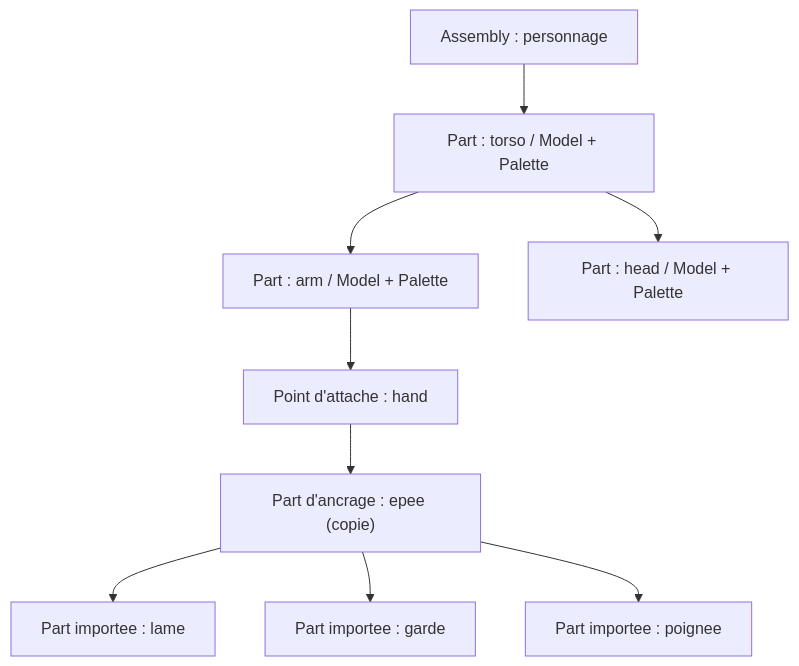
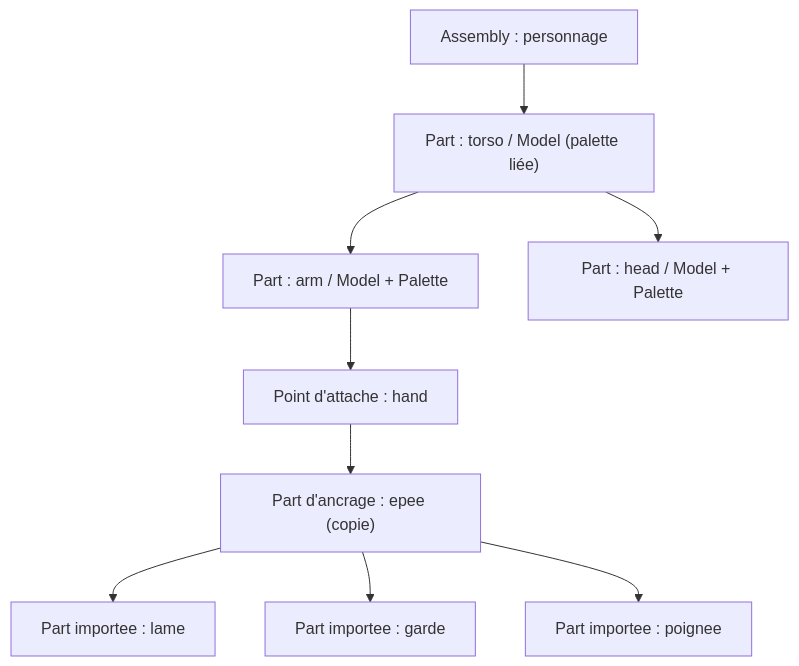
Before and after one commit to EreliaStudio/Sparkle: the first of 2 diagrams in docs/voxel-engine-v0.1.4/06-assemblies-scene.md, drawn with Mermaid. The commit also changed other lines of this file, not shown here.

Commit message:
PR-07: document per-Model bound palette with immutable shared geometry

````diff
--- a/docs/voxel-engine-v0.1.4/06-assemblies-scene.md
+++ b/docs/voxel-engine-v0.1.4/06-assemblies-scene.md
@@ -13,11 +13,11 @@
 ```mermaid
 flowchart TD
-  Root["Assembly : personnage"] --> Torso["Part : torso / Model + Palette"]
+  Root["Assembly : personnage"] --> Torso["Part : torso / Model (palette liée)"]
   Torso --> Arm["Part : arm / Model + Palette"]
   Arm --> Hand["Point d'attache : hand"]
   Hand --> Mount["Part d'ancrage : epee (copie)"]
   Mount --> Blade["Part importee : lame"]
   Mount --> Guard["Part importee : garde"]
   Mount --> Grip["Part importee : poignee"]
   Torso --> Head["Part : head / Model + Palette"]
 ```
````
